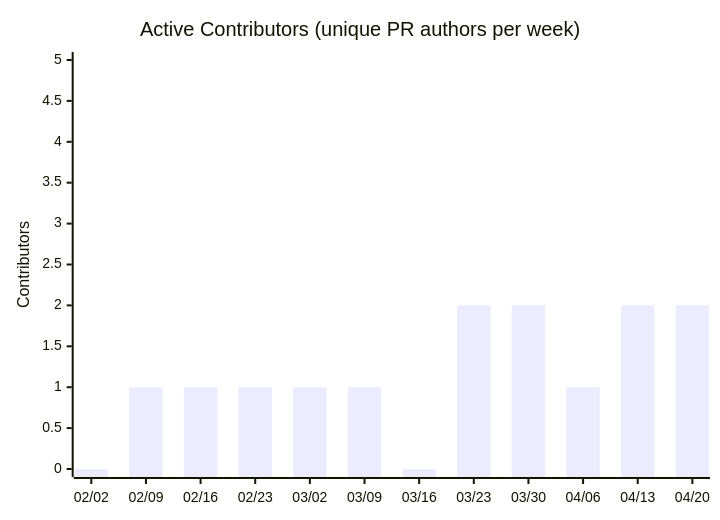
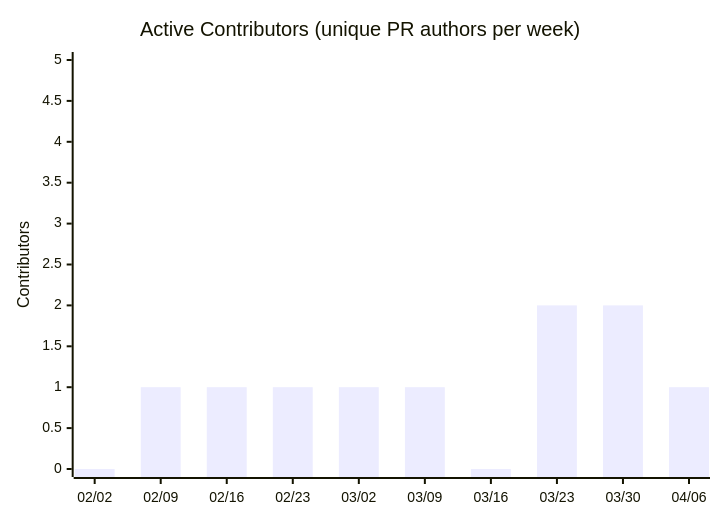
One commit to nablarch/nabledge-dev changed the seventh of 14 diagrams in docs/metrics.md. Above: the diagram before and after it, drawn with Mermaid. The commit also changed other lines of this file and 13372 other files, not shown here.

````diff
--- a/docs/metrics.md
+++ b/docs/metrics.md
@@ -109,7 +109,7 @@
 ```mermaid
 xychart-beta
   title "Active Contributors (unique PR authors per week)"
-  x-axis ["02/02", "02/09", "02/16", "02/23", "03/02", "03/09", "03/16", "03/23", "03/30", "04/06", "04/13", "04/20"]
+  x-axis ["02/02", "02/09", "02/16", "02/23", "03/02", "03/09", "03/16", "03/23", "03/30", "04/06"]
   y-axis "Contributors" 0 --> 5
-  bar [0, 1, 1, 1, 1, 1, 0, 2, 2, 1, 2, 2]
+  bar [0, 1, 1, 1, 1, 1, 0, 2, 2, 1]
 ```
````
